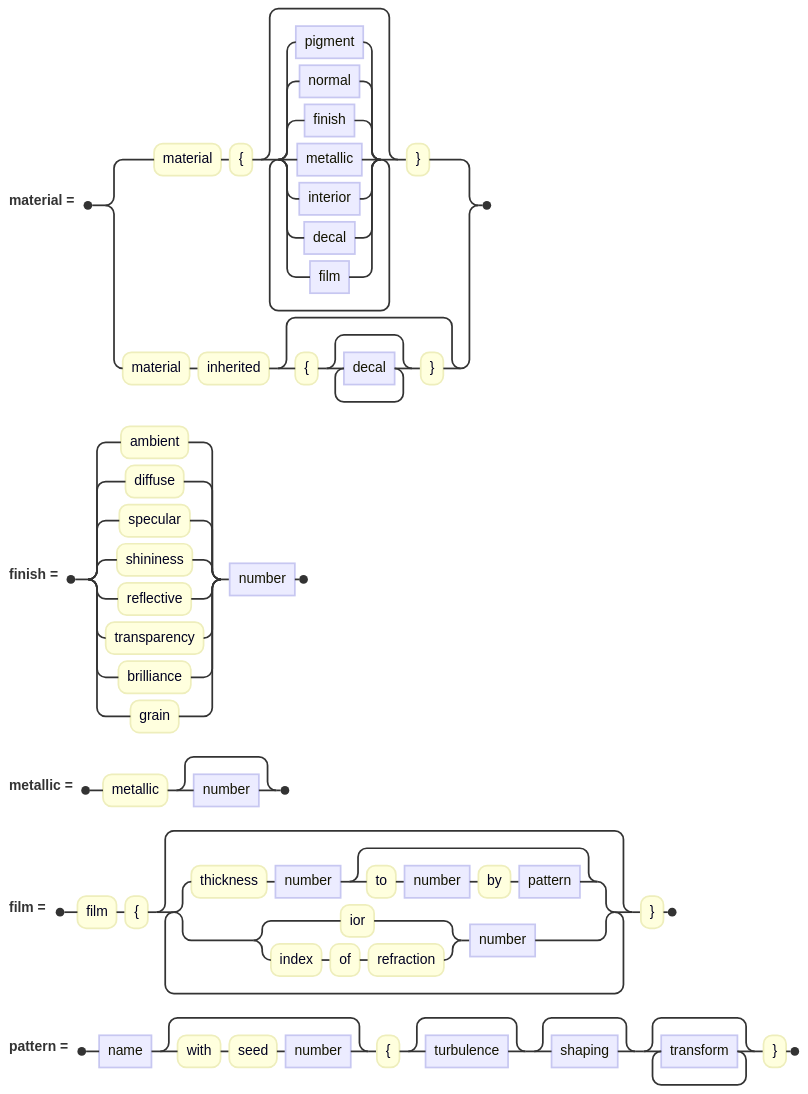
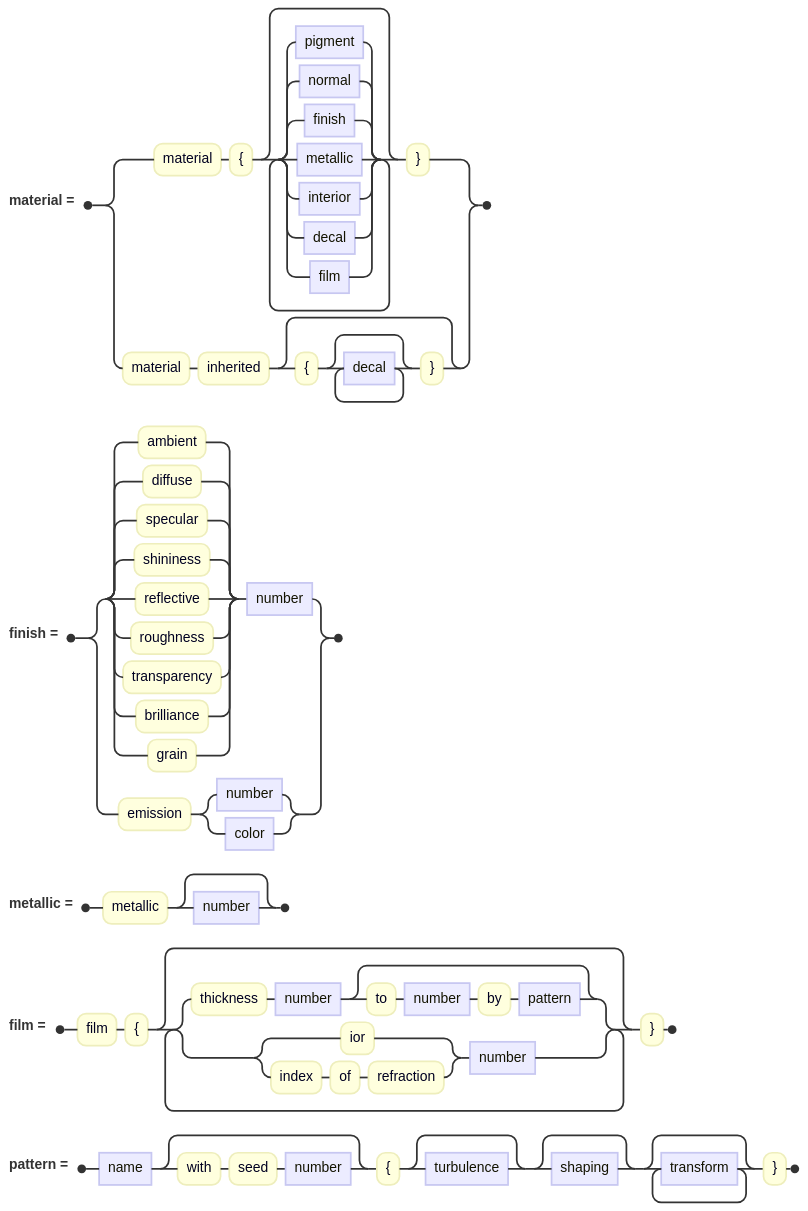
Before and after one commit to jskress/RayTracer: the diagram in docs/diagrams/materials/materialClause.mmd, drawn with Mermaid. The commit also changed 33 other files, not shown here.

```diff
--- a/docs/diagrams/materials/materialClause.mmd
+++ b/docs/diagrams/materials/materialClause.mmd
@@ -1,15 +1,16 @@
 railroad-ebnf-beta
 title "A material"
 
 material = "material" "{" { pigment | normal | finish | metallic | interior | decal | film } "}"
          | "material" "inherited" [ "{" { decal } "}" ] ;
 
 finish = ( "ambient" | "diffuse" | "specular" | "shininess" | "reflective"
-         | "transparency" | "brilliance" | "grain" ) number ;
+         | "roughness" | "transparency" | "brilliance" | "grain" ) number
+       | "emission" ( number | color ) ;
 
 metallic = "metallic" [ number ] ;
 
 film = "film" "{" { "thickness" number [ "to" number "by" pattern ]
                   | ( "ior" | "index" "of" "refraction" ) number } "}" ;
 
 pattern = name [ "with" "seed" number ] "{" [ turbulence ] [ shaping ] { transform } "}" ;
```
